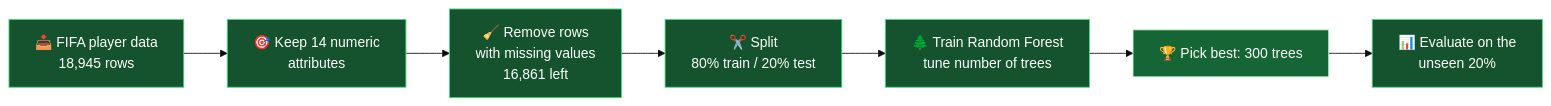
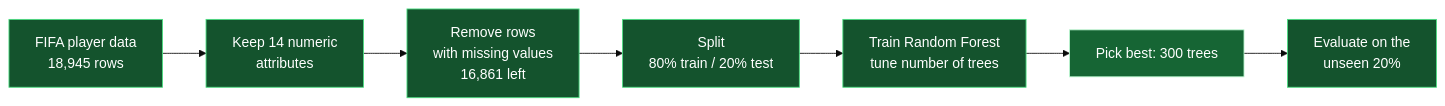
One commit to khaled-amireh/Football-Player-Value-Prediction changed the first of 2 diagrams in README.md. Above: the diagram before and after it, drawn with Mermaid (base theme).

Commit message:
Fix mermaid syntax in the scouting process diagram

````diff
--- a/README.md
+++ b/README.md
@@ -94,14 +94,14 @@
 ```mermaid
 flowchart LR
-    A["📥 FIFA player data<br/>18,945 rows"] --> B["🎯 Keep 14 numeric<br/>attributes"]
-    B --> C["🧹 Remove rows<br/>with missing values<br/>16,861 left"]
-    C --> D["✂️ Split<br/>80% train / 20% test"]
-    D --> E["🌲 Train Random Forest<br/>tune number of trees"]
-    E --> F["🏆 Pick best: 300 trees"]
-    F --> G["📊 Evaluate on the<br/>unseen 20%"]
+    A[" FIFA player data<br/>18,945 rows"] --> B[" Keep 14 numeric<br/>attributes"]
+    B --> C[" Remove rows<br/>with missing values<br/>16,861 left"]
+    C --> D[" Split<br/>80% train / 20% test"]
+    D --> E[" Train Random Forest<br/>tune number of trees"]
+    E --> F[" Pick best: 300 trees"]
+    F --> G[" Evaluate on the<br/>unseen 20%"]
 
     classDef pitch fill:#14532d,stroke:#4ade80,color:#fff;
     classDef win fill:#166534,stroke:#bbf7d0,color:#fff;
     class A,B,C,D,E,G pitch;
     class F win;
 ```
````
